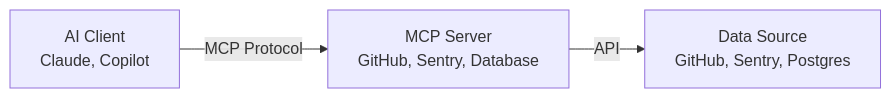
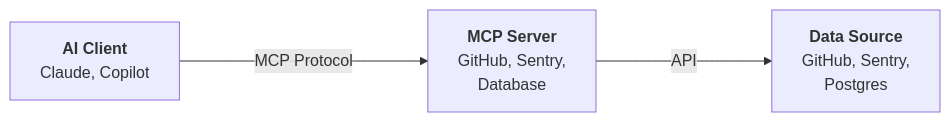
One commit to dcyfr/cyberdrew-dev changed the diagram in src/content/blog/ai-development-workflow.mdx. Above: the diagram before and after it, drawn with Mermaid. The commit also changed other lines of this file and 33 other files, not shown here.

First line of the commit message:
feat: Add comprehensive demo posts for Mermaid diagrams, Markdown elements, and LaTeX rendering

````diff
--- a/src/content/blog/ai-development-workflow.mdx
+++ b/src/content/blog/ai-development-workflow.mdx
@@ -33,5 +33,10 @@
 ```mermaid
+%%{init: {'flowchart': {'htmlLabels': true, 'useMaxWidth': true, 'nodeSpacing': 150, 'rankSpacing': 150}}}%%
 graph LR
-    A[AI Client<br/>Claude, Copilot] -->|MCP Protocol| B[MCP Server<br/>GitHub, Sentry, Database]
-    B -->|API| C[Data Source<br/>GitHub, Sentry, Postgres]
+    A["<b>AI Client</b><br/>Claude, Copilot"] 
+    B["<b>MCP Server</b><br/>GitHub, Sentry,<br/>Database"]
+    C["<b>Data Source</b><br/>GitHub, Sentry,<br/>Postgres"]
+    
+    A -->|MCP Protocol| B
+    B -->|API| C
 ```
````
